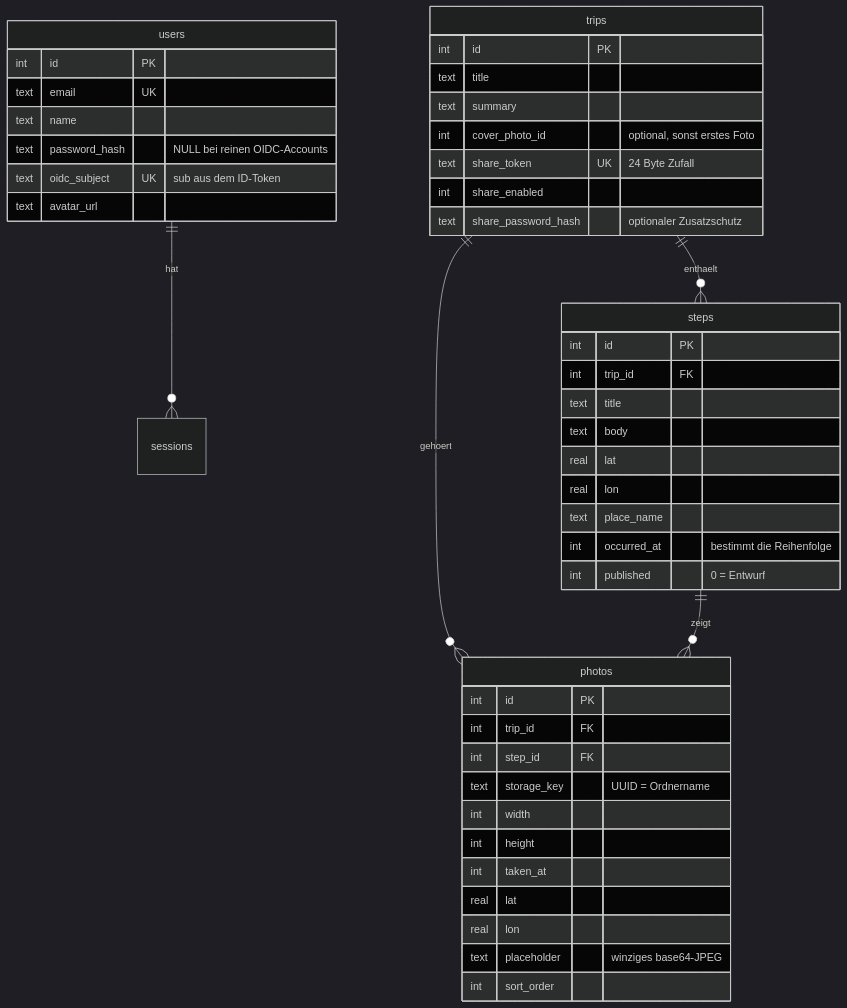
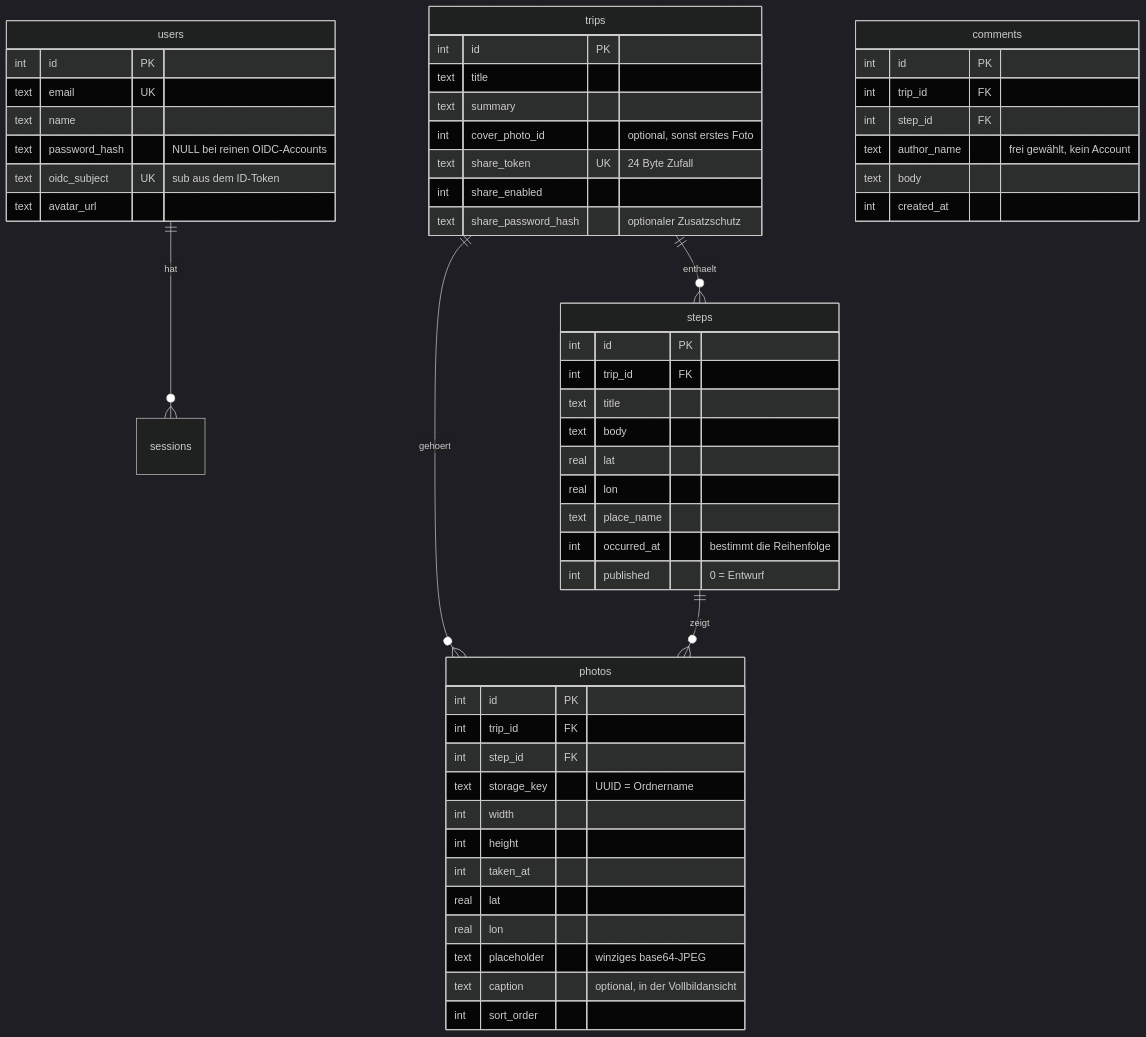
Before and after one commit to RainerZufall00/ownsteps: the first of 2 diagrams in docs/ARCHITEKTUR.md, drawn with Mermaid (dark theme). The commit also changed other lines of this file and 21 other files, not shown here.

First line of the commit message:
Timeline, Fotos und Karte überarbeitet

````diff
--- a/docs/ARCHITEKTUR.md
+++ b/docs/ARCHITEKTUR.md
@@ -84,49 +84,58 @@
 ```mermaid
 erDiagram
     users ||--o{ sessions : hat
     trips ||--o{ steps : enthaelt
     trips ||--o{ photos : gehoert
     steps ||--o{ photos : zeigt
 
     users {
         int id PK
         text email UK
         text name
         text password_hash "NULL bei reinen OIDC-Accounts"
         text oidc_subject UK "sub aus dem ID-Token"
         text avatar_url
     }
     trips {
         int id PK
         text title
         text summary
         int cover_photo_id "optional, sonst erstes Foto"
         text share_token UK "24 Byte Zufall"
         int share_enabled
         text share_password_hash "optionaler Zusatzschutz"
     }
     steps {
         int id PK
         int trip_id FK
         text title
         text body
         real lat
         real lon
         text place_name
         int occurred_at "bestimmt die Reihenfolge"
         int published "0 = Entwurf"
     }
     photos {
         int id PK
         int trip_id FK
         int step_id FK
         text storage_key "UUID = Ordnername"
         int width
         int height
         int taken_at
         real lat
         real lon
         text placeholder "winziges base64-JPEG"
+        text caption "optional, in der Vollbildansicht"
         int sort_order
     }
+    comments {
+        int id PK
+        int trip_id FK
+        int step_id FK
+        text author_name "frei gewählt, kein Account"
+        text body
+        int created_at
+    }
 ```
````
